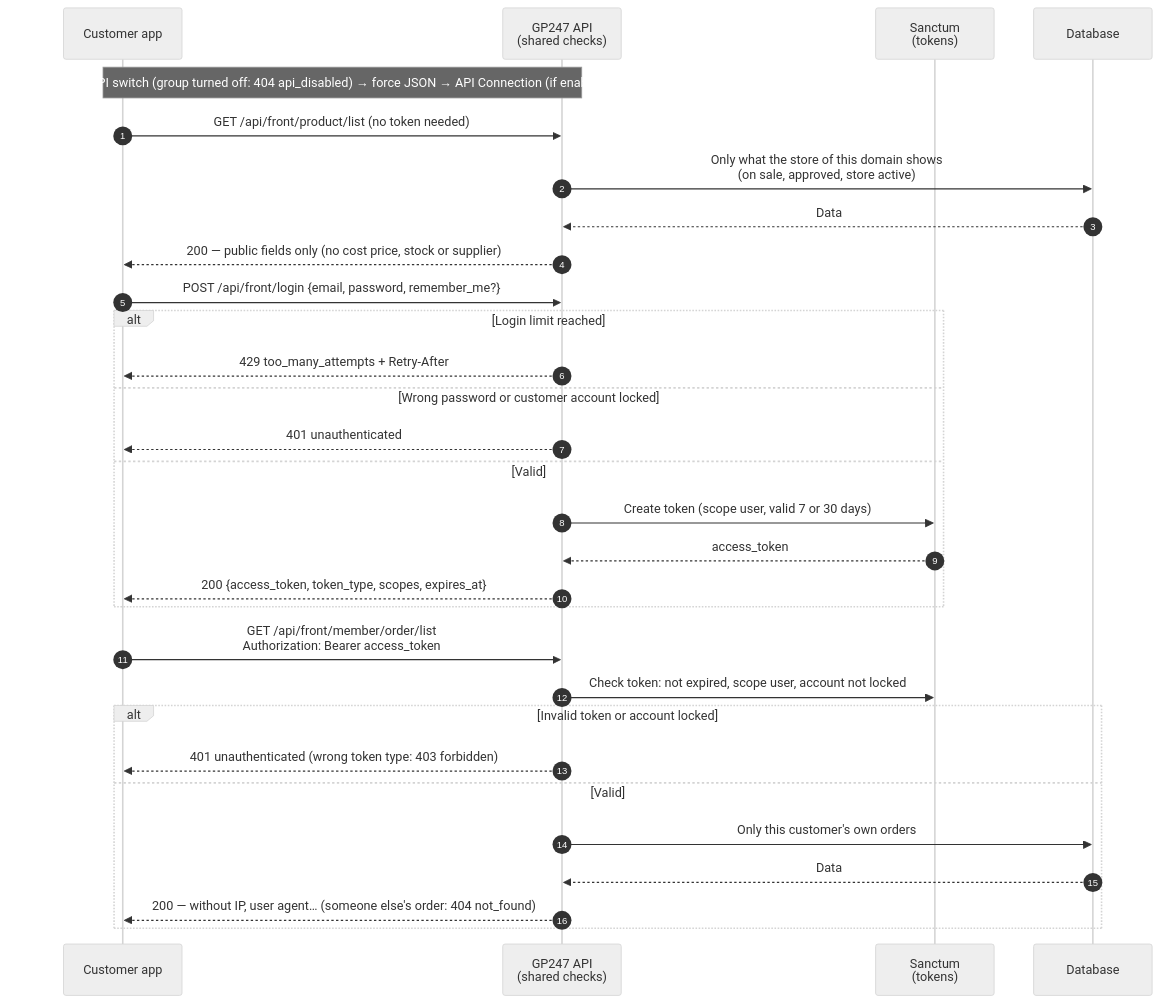
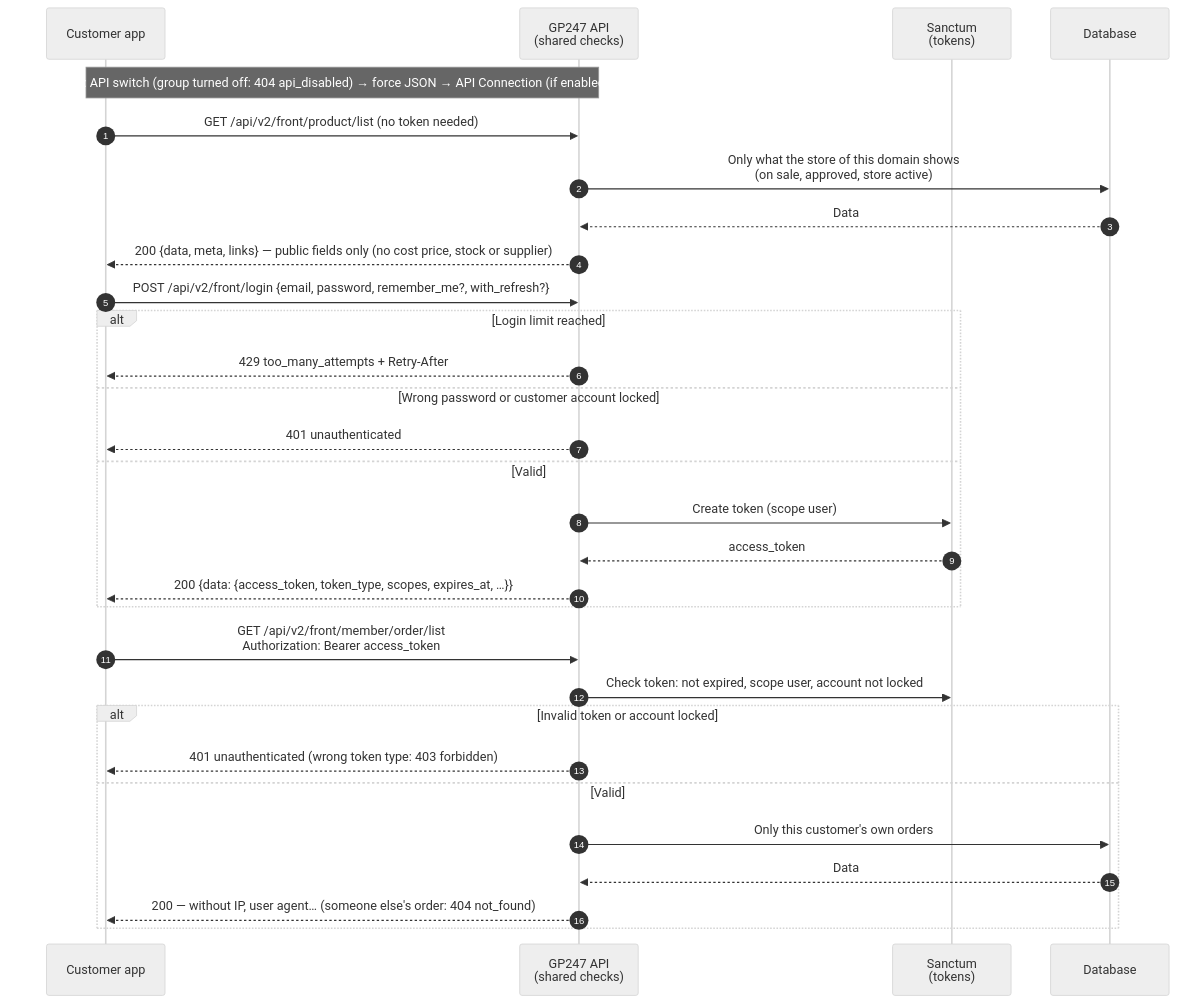
The third of 7 diagrams in api/api-introduction.md (gp247net/gp247-docs), drawn with Mermaid (neutral theme) before and after one commit. The commit also changed other lines of this file and 13 other files, not shown here.

First line of the commit message:
docs(api): API v2 only in the introduction; frozen API v1 gets its own page (vi/en/ja + OpenAPI)

````diff
--- a/api/api-introduction.md
+++ b/api/api-introduction.md
@@ -309,32 +472,32 @@
 ```mermaid
 sequenceDiagram
     autonumber
     participant K as Customer app
     participant M as GP247 API<br/>(shared checks)
     participant S as Sanctum<br/>(tokens)
     participant D as Database
     Note over K,M: Every request: API switch (group turned off: 404 api_disabled) → force JSON → API Connection (if enabled) → rate limit
-    K->>M: GET /api/front/product/list (no token needed)
+    K->>M: GET /api/v2/front/product/list (no token needed)
     M->>D: Only what the store of this domain shows<br/>(on sale, approved, store active)
     D-->>M: Data
-    M-->>K: 200 — public fields only (no cost price, stock or supplier)
-    K->>M: POST /api/front/login {email, password, remember_me?}
+    M-->>K: 200 {data, meta, links} — public fields only (no cost price, stock or supplier)
+    K->>M: POST /api/v2/front/login {email, password, remember_me?, with_refresh?}
     alt Login limit reached
         M-->>K: 429 too_many_attempts + Retry-After
     else Wrong password or customer account locked
         M-->>K: 401 unauthenticated
     else Valid
-        M->>S: Create token (scope user, valid 7 or 30 days)
+        M->>S: Create token (scope user)
         S-->>M: access_token
-        M-->>K: 200 {access_token, token_type, scopes, expires_at}
+        M-->>K: 200 {data: {access_token, token_type, scopes, expires_at, …}}
     end
-    K->>M: GET /api/front/member/order/list<br/>Authorization: Bearer access_token
+    K->>M: GET /api/v2/front/member/order/list<br/>Authorization: Bearer access_token
     M->>S: Check token: not expired, scope user, account not locked
     alt Invalid token or account locked
         M-->>K: 401 unauthenticated (wrong token type: 403 forbidden)
     else Valid
         M->>D: Only this customer's own orders
         D-->>M: Data
         M-->>K: 200 — without IP, user agent… (someone else's order: 404 not_found)
     end
 ```
````
